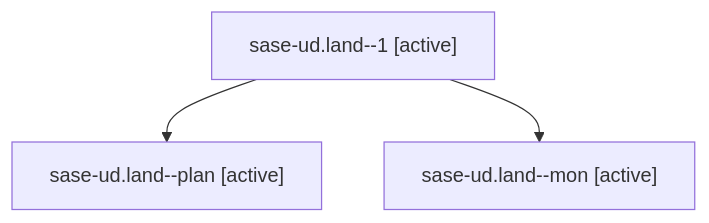
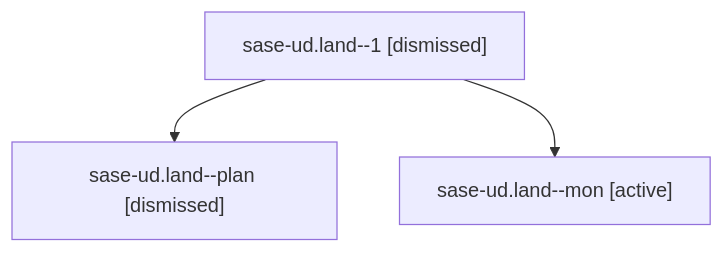
Before and after one commit to sase-org/sase--agents: the diagram in sessions/bbugyi200.athena.sase-ud.land.md, drawn with Mermaid. The commit also changed other lines of this file and 262 other files, not shown here.

````diff
--- a/sessions/bbugyi200.athena.sase-ud.land.md
+++ b/sessions/bbugyi200.athena.sase-ud.land.md
@@ -9,8 +9,8 @@
 ```mermaid
 flowchart TD
-  n0["sase-ud.land--1 [active]"]
-  n1["sase-ud.land--plan [active]"]
+  n0["sase-ud.land--1 [dismissed]"]
+  n1["sase-ud.land--plan [dismissed]"]
   n0 --> n1
   n2["sase-ud.land--mon [active]"]
   n0 --> n2
 ```
````
